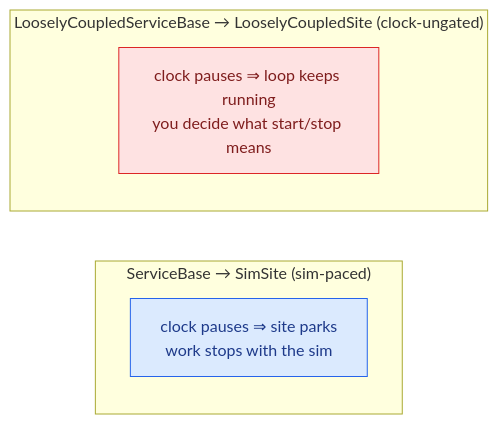
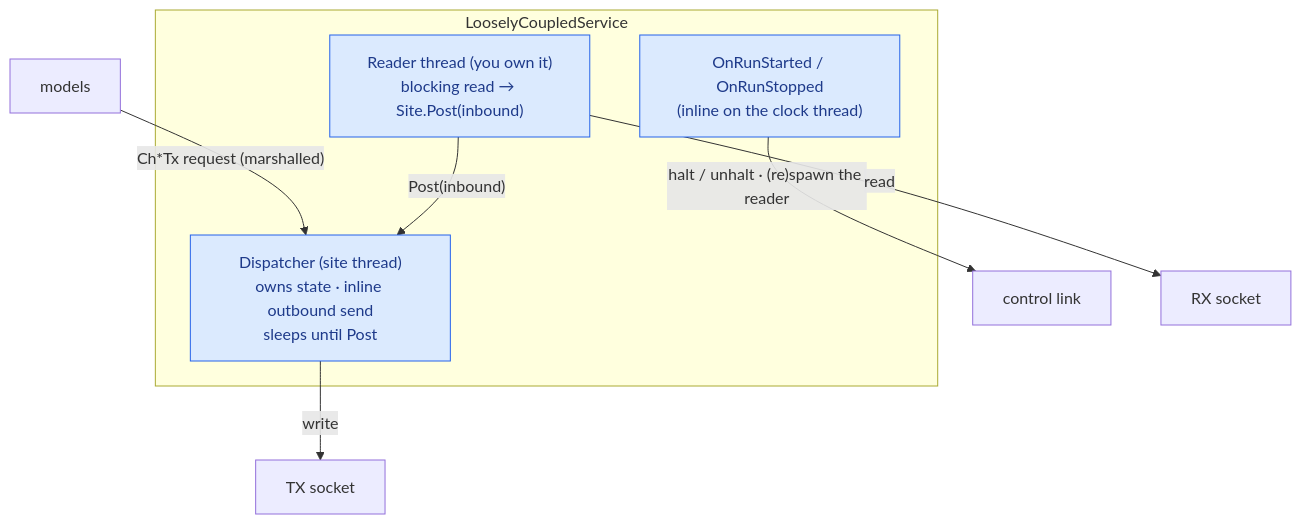
Before and after one commit to SimulaSharp-org/simulasharp-docs: the sixth of 6 diagrams in public/content/services.md, drawn with Mermaid. The commit also changed other lines of this file and 5 other files, not shown here.

First line of the commit message:
Document the reshaped loosely-coupled service (dispatcher + I/O threads)

````diff
--- a/public/content/services.md
+++ b/public/content/services.md
@@ -303,13 +309,15 @@
 ```mermaid
-flowchart LR
-  subgraph paced ["ServiceBase → SimSite (sim-paced)"]
-    S1["clock pauses ⇒ site parks<br/>work stops with the sim"]
+flowchart TB
+  subgraph svc ["LooselyCoupledService"]
+    D["Dispatcher (site thread)<br/>owns state · inline outbound send<br/>sleeps until Post"]
+    R["Reader thread (you own it)<br/>blocking read → Site.Post(inbound)"]
+    C["OnRunStarted / OnRunStopped<br/>(inline on the clock thread)"]
   end
-  subgraph ungated ["LooselyCoupledServiceBase → LooselyCoupledSite (clock-ungated)"]
-    S2["clock pauses ⇒ loop keeps running<br/>you decide what start/stop means"]
-  end
-  classDef a fill:#dbeafe,stroke:#2563eb,color:#1e3a8a;
-  classDef b fill:#fee2e2,stroke:#dc2626,color:#7f1d1d;
-  class S1 a;
-  class S2 b;
+  M["models"] -->|"Ch*Tx request (marshalled)"| D
+  R -->|"Post(inbound)"| D
+  C -->|"halt / unhalt · (re)spawn the reader"| HW["control link"]
+  D -->|"write"| TX["TX socket"]
+  R -->|"read"| RX["RX socket"]
+  classDef k fill:#dbeafe,stroke:#2563eb,color:#1e3a8a;
+  class D,R,C k;
 ```
````
